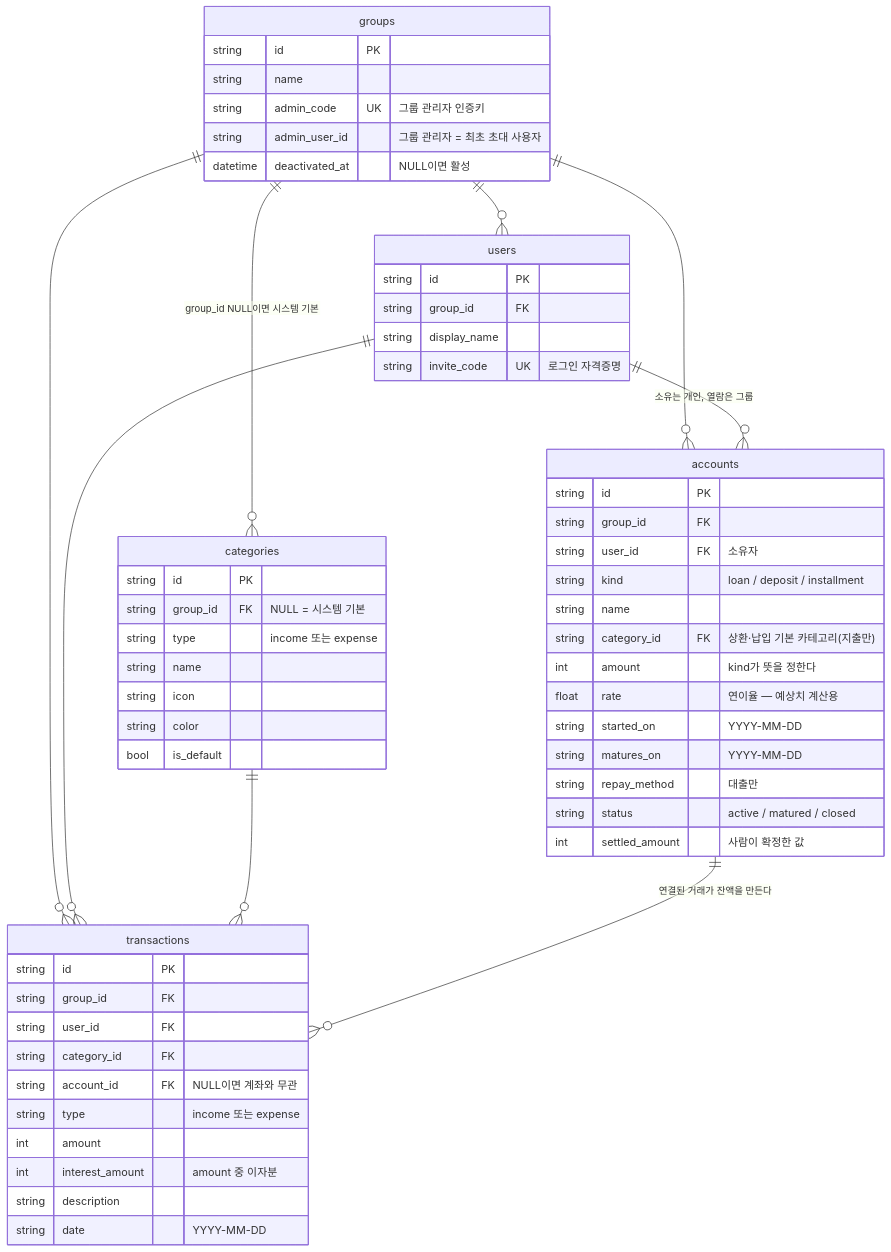
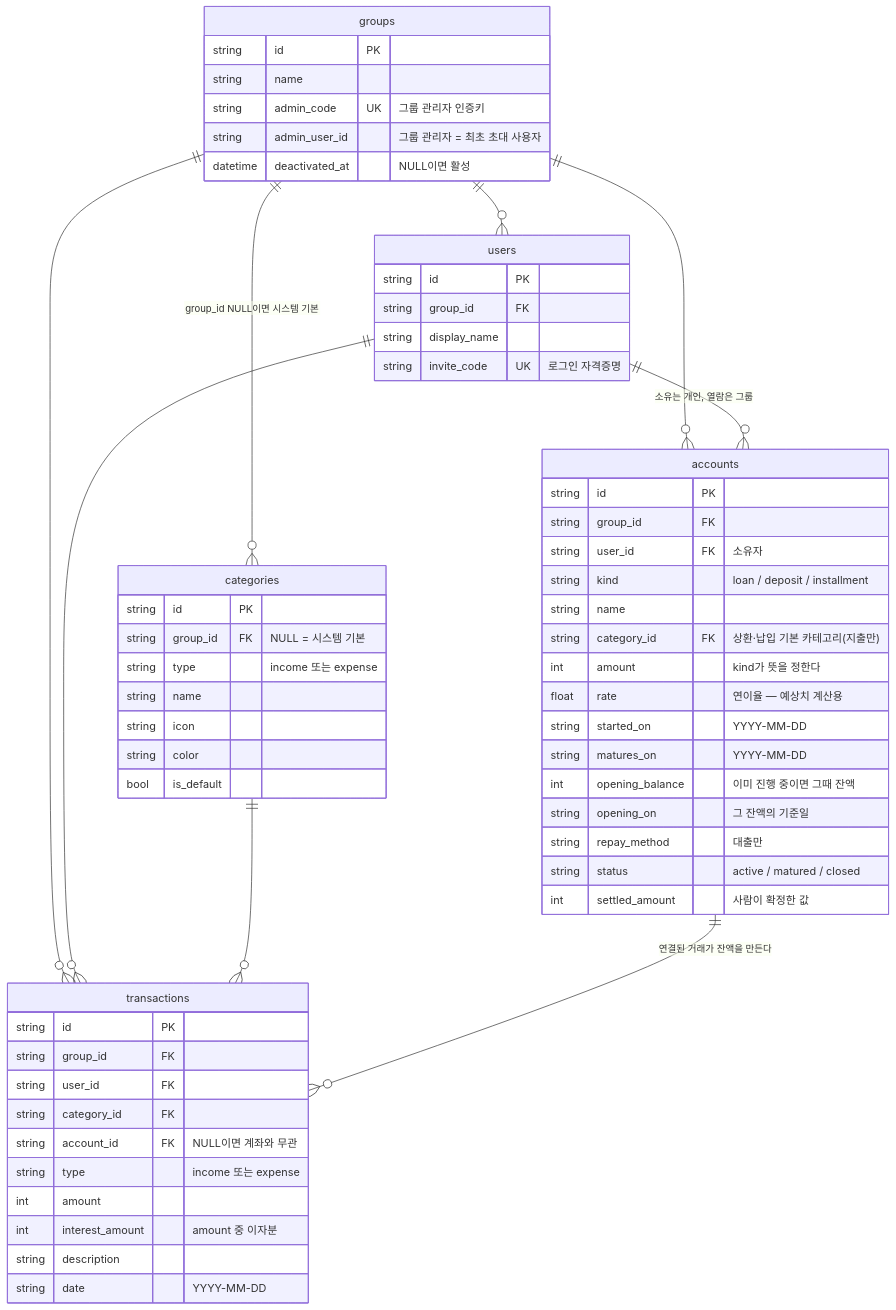
The diagram in docs/data-model.md (s2ngK/claude-asset-man), drawn with Mermaid before and after one commit. The commit also changed 14 other files, not shown here.

````diff
--- a/docs/data-model.md
+++ b/docs/data-model.md
@@ -7,61 +7,63 @@
 ```mermaid
 erDiagram
     groups ||--o{ users : ""
     groups ||--o{ transactions : ""
     groups ||--o{ categories : "group_id NULL이면 시스템 기본"
     groups ||--o{ accounts : ""
     users ||--o{ transactions : ""
     users ||--o{ accounts : "소유는 개인, 열람은 그룹"
     categories ||--o{ transactions : ""
     accounts ||--o{ transactions : "연결된 거래가 잔액을 만든다"
 
     groups {
         string id PK
         string name
         string admin_code UK "그룹 관리자 인증키"
         string admin_user_id "그룹 관리자 = 최초 초대 사용자"
         datetime deactivated_at "NULL이면 활성"
     }
     users {
         string id PK
         string group_id FK
         string display_name
         string invite_code UK "로그인 자격증명"
     }
     categories {
         string id PK
         string group_id FK "NULL = 시스템 기본"
         string type "income 또는 expense"
         string name
         string icon
         string color
         bool is_default
     }
     transactions {
         string id PK
         string group_id FK
         string user_id FK
         string category_id FK
         string account_id FK "NULL이면 계좌와 무관"
         string type "income 또는 expense"
         int amount
         int interest_amount "amount 중 이자분"
         string description
         string date "YYYY-MM-DD"
     }
     accounts {
         string id PK
         string group_id FK
         string user_id FK "소유자"
         string kind "loan / deposit / installment"
         string name
         string category_id FK "상환·납입 기본 카테고리(지출만)"
         int amount "kind가 뜻을 정한다"
         float rate "연이율 — 예상치 계산용"
         string started_on "YYYY-MM-DD"
         string matures_on "YYYY-MM-DD"
+        int opening_balance "이미 진행 중이면 그때 잔액"
+        string opening_on "그 잔액의 기준일"
         string repay_method "대출만"
         string status "active / matured / closed"
         int settled_amount "사람이 확정한 값"
     }
 ```
````
